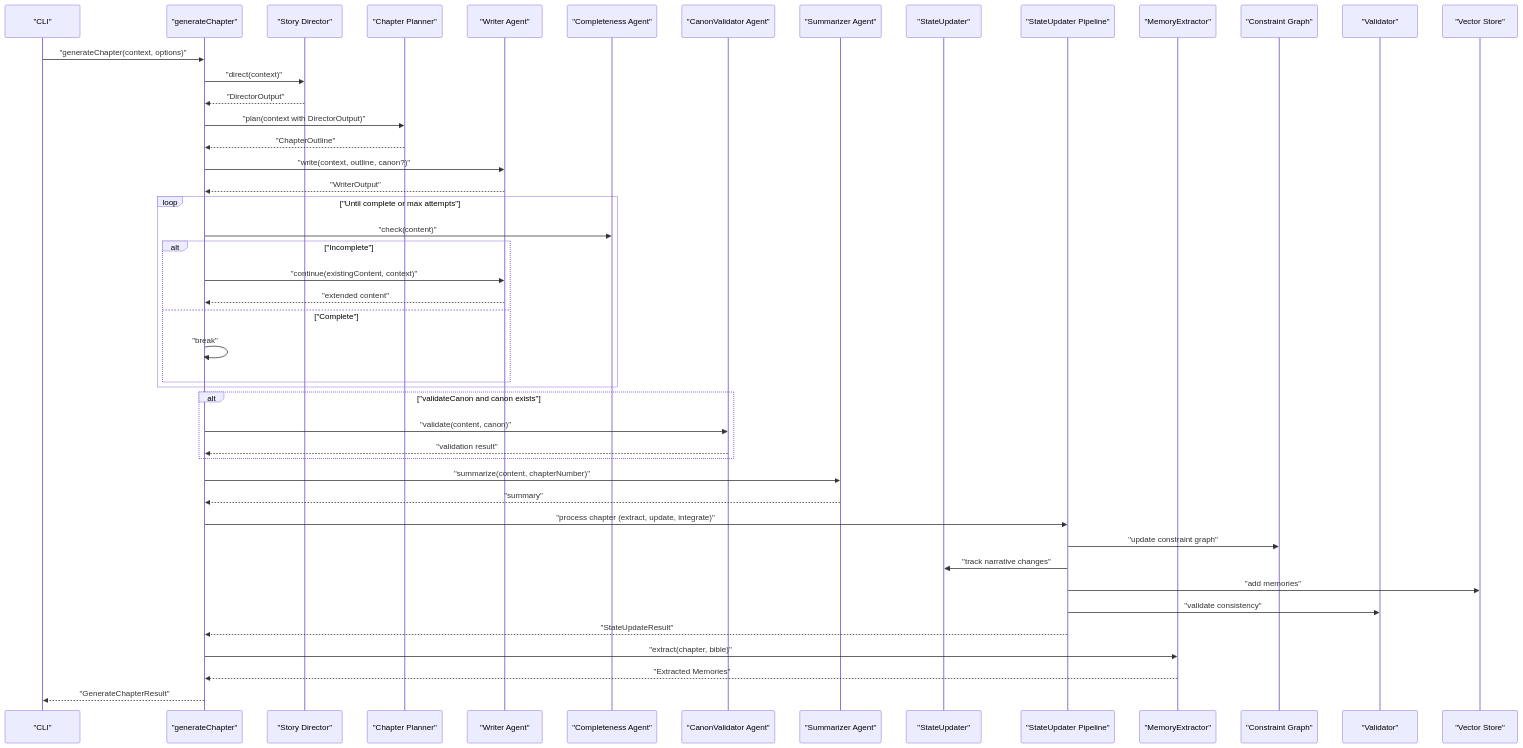
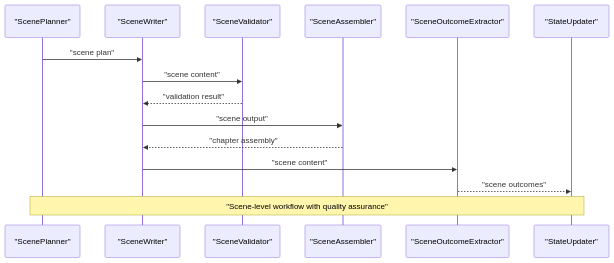
Before and after one commit to liwonder/NARRITIVE_OS: the second of 3 diagrams in .qoder/repowiki/en/content/AI Agent System/AI Agent System.md, drawn with Mermaid. The commit also changed other lines of this file and 7 other files, not shown here.

````diff
--- a/.qoder/repowiki/en/content/AI Agent System/AI Agent System.md
+++ b/.qoder/repowiki/en/content/AI Agent System/AI Agent System.md
@@ -217,48 +109,17 @@
 ```mermaid
 sequenceDiagram
-participant CLI as "CLI"
-participant Pipe as "generateChapter"
-participant Director as "Story Director"
-participant Planner as "Chapter Planner"
-participant Writer as "Writer Agent"
-participant Complete as "Completeness Agent"
-participant Canon as "CanonValidator Agent"
-participant Sum as "Summarizer Agent"
-participant StateUpd as "StateUpdater"
-participant StatePipe as "StateUpdater Pipeline"
-participant MemExt as "MemoryExtractor"
-participant ConstGraph as "Constraint Graph"
-participant Validator as "Validator"
-participant VectorStore as "Vector Store"
-CLI->>Pipe : "generateChapter(context, options)"
-Pipe->>Director : "direct(context)"
-Director-->>Pipe : "DirectorOutput"
-Pipe->>Planner : "plan(context with DirectorOutput)"
-Planner-->>Pipe : "ChapterOutline"
-Pipe->>Writer : "write(context, outline, canon?)"
-Writer-->>Pipe : "WriterOutput"
-loop "Until complete or max attempts"
-Pipe->>Complete : "check(content)"
-alt "Incomplete"
-Pipe->>Writer : "continue(existingContent, context)"
-Writer-->>Pipe : "extended content"
-else "Complete"
-Pipe->>Pipe : "break"
-end
-end
-alt "validateCanon and canon exists"
-Pipe->>Canon : "validate(content, canon)"
-Canon-->>Pipe : "validation result"
-end
-Pipe->>Sum : "summarize(content, chapterNumber)"
-Sum-->>Pipe : "summary"
-Pipe->>StatePipe : "process chapter (extract, update, integrate)"
-StatePipe->>ConstGraph : "update constraint graph"
-StatePipe->>StateUpd : "track narrative changes"
-StatePipe->>VectorStore : "add memories"
-StatePipe->>Validator : "validate consistency"
-StatePipe-->>Pipe : "StateUpdateResult"
-Pipe->>MemExt : "extract(chapter, bible)"
-MemExt-->>Pipe : "Extracted Memories"
-Pipe-->>CLI : "GenerateChapterResult"
+participant Planner as "ScenePlanner"
+participant Writer as "SceneWriter"
+participant Validator as "SceneValidator"
+participant Assembler as "SceneAssembler"
+participant Outcome as "SceneOutcomeExtractor"
+participant State as "StateUpdater"
+Planner->>Writer : "scene plan"
+Writer->>Validator : "scene content"
+Validator-->>Writer : "validation result"
+Writer->>Assembler : "scene output"
+Assembler-->>Writer : "chapter assembly"
+Writer->>Outcome : "scene content"
+Outcome-->>State : "scene outcomes"
+Note over Planner,State : "Scene-level workflow with quality assurance"
 ```
````
